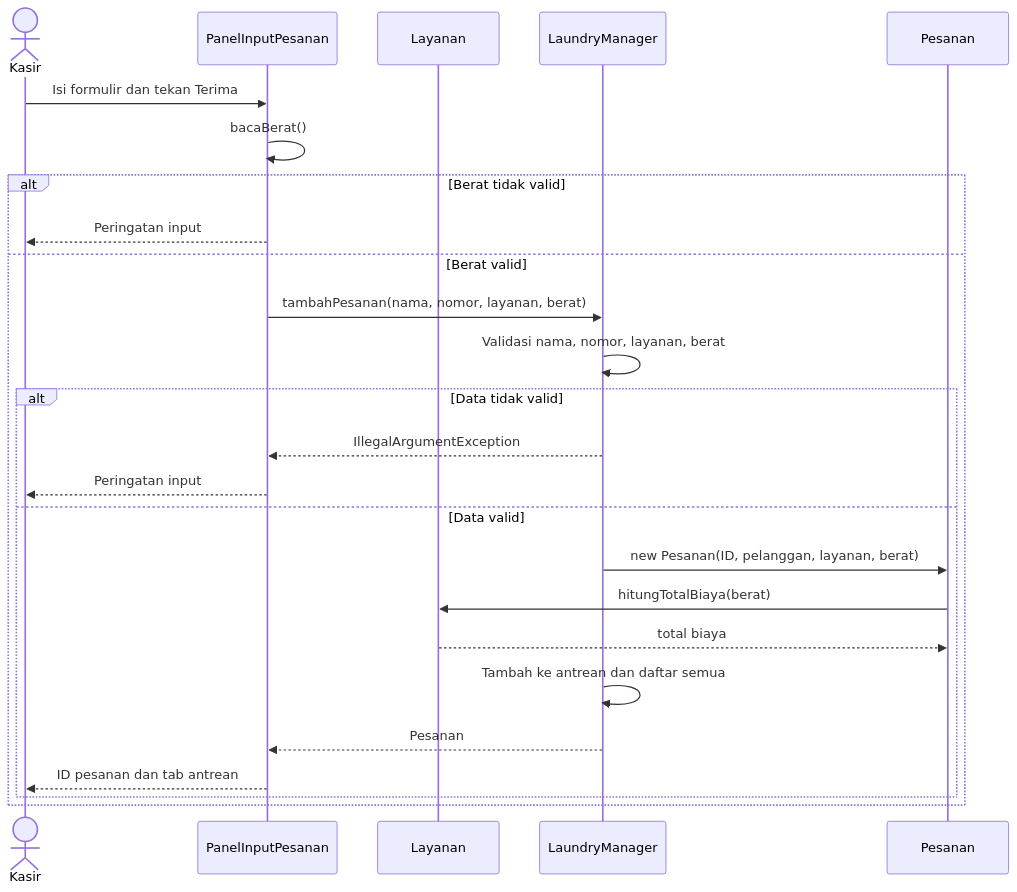
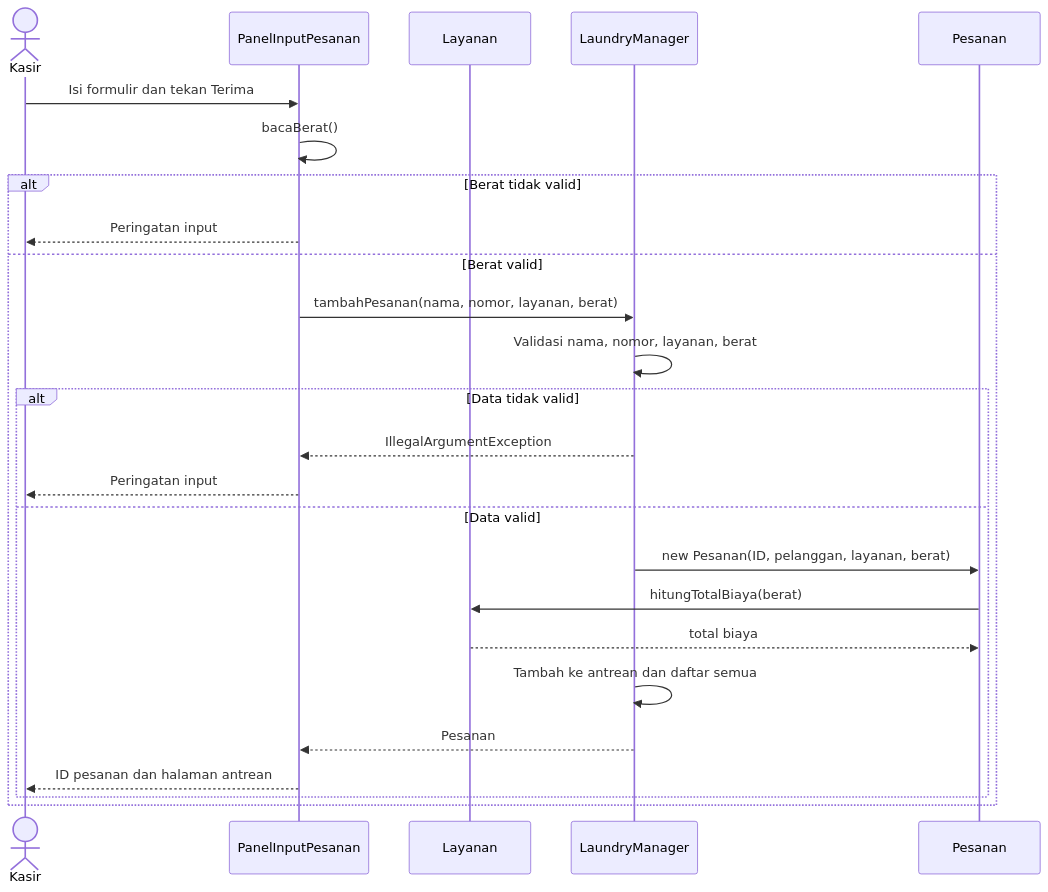
Before and after one commit to Zelphyrken/SIL: the third of 5 diagrams in docs/LAPORAN.md, drawn with Mermaid. The commit also changed other lines of this file and 17 other files, not shown here.

````diff
--- a/docs/LAPORAN.md
+++ b/docs/LAPORAN.md
@@ -119,27 +123,27 @@
 ```mermaid
 sequenceDiagram
     actor K as Kasir
     participant P as PanelInputPesanan
     participant L as Layanan
     participant M as LaundryManager
     participant O as Pesanan
     K->>P: Isi formulir dan tekan Terima
     P->>P: bacaBerat()
     alt Berat tidak valid
         P-->>K: Peringatan input
     else Berat valid
         P->>M: tambahPesanan(nama, nomor, layanan, berat)
         M->>M: Validasi nama, nomor, layanan, berat
         alt Data tidak valid
             M-->>P: IllegalArgumentException
             P-->>K: Peringatan input
         else Data valid
             M->>O: new Pesanan(ID, pelanggan, layanan, berat)
             O->>L: hitungTotalBiaya(berat)
             L-->>O: total biaya
             M->>M: Tambah ke antrean dan daftar semua
             M-->>P: Pesanan
-            P-->>K: ID pesanan dan tab antrean
+            P-->>K: ID pesanan dan halaman antrean
         end
     end
 ```
````
